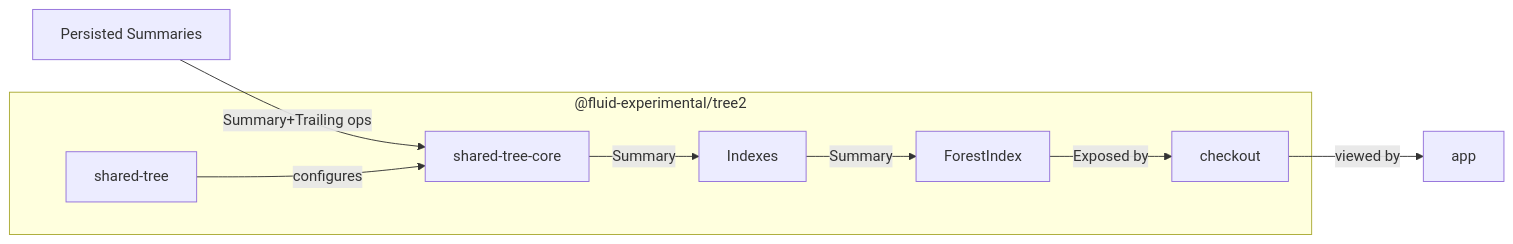
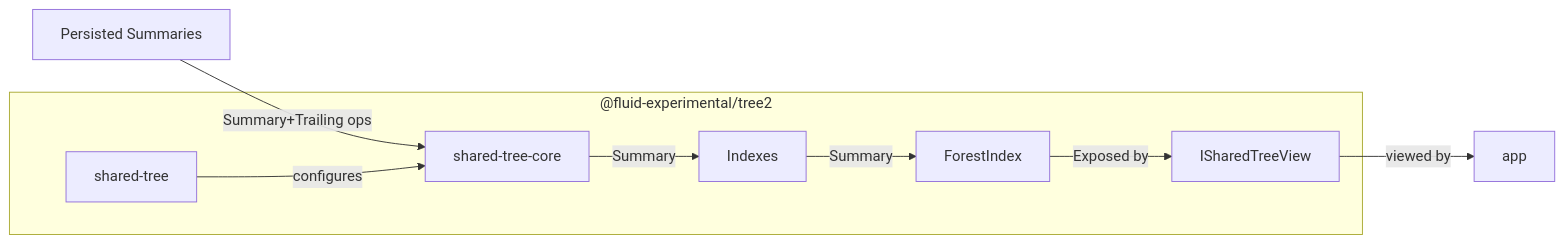
The second of 6 diagrams in experimental/dds/tree2/README.md (microsoft/FluidFramework), drawn with Mermaid before and after one commit. The commit also changed other lines of this file and 5 other files, not shown here.

First line of the commit message:
docs(tree): Replace usages of the term checkout with view (#15889)

````diff
--- a/experimental/dds/tree2/README.md
+++ b/experimental/dds/tree2/README.md
@@ -154,10 +154,10 @@
 ```mermaid
 flowchart LR;
     doc["Persisted Summaries"]--"Summary+Trailing ops"-->shared-tree-core
     subgraph "@fluid-experimental/tree2"
         shared-tree--"configures"-->shared-tree-core
         shared-tree-core--"Summary"-->Indexes--"Summary"-->ForestIndex;
-        ForestIndex--"Exposed by"-->checkout
+        ForestIndex--"Exposed by"-->ISharedTreeView
     end
-    checkout--"viewed by"-->app
+    ISharedTreeView--"viewed by"-->app
 ```
````
